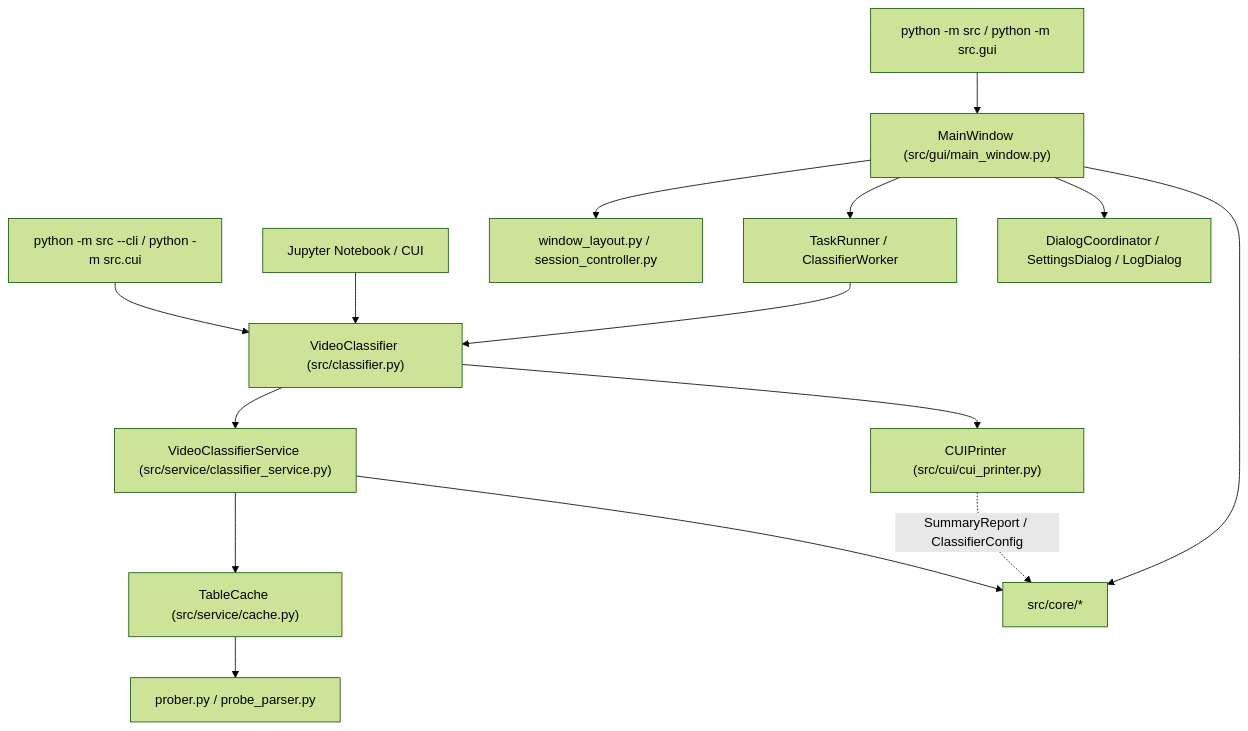
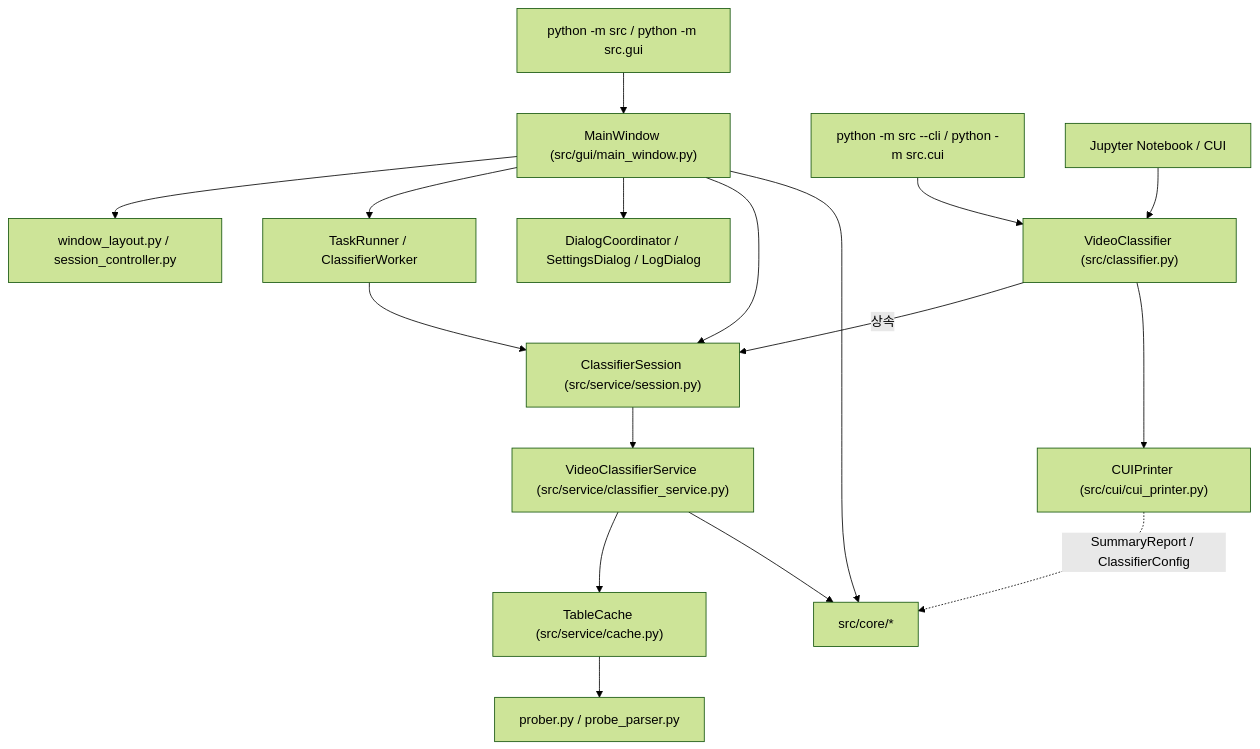
The first of 2 diagrams in ARCHITECTURE.md (signal1310/video_scripts), drawn with Mermaid (forest theme) before and after one commit. The commit also changed other lines of this file and 11 other files, not shown here.

First line of the commit message:
refactor: 분류 세션(ClassifierSession)을 서비스 계층으로 분리

````diff
--- a/ARCHITECTURE.md
+++ b/ARCHITECTURE.md
@@ -22,21 +23,24 @@
 ```mermaid
 flowchart TD
     GUI_ENTRY["python -m src / python -m src.gui"] --> GUI_MW["MainWindow (src/gui/main_window.py)"]
     CLI_ENTRY["python -m src --cli / python -m src.cui"] --> FACADE["VideoClassifier (src/classifier.py)"]
     NB_ENTRY["Jupyter Notebook / CUI"] --> FACADE
 
     GUI_MW --> LAYOUT["window_layout.py / session_controller.py"]
     GUI_MW --> TASK["TaskRunner / ClassifierWorker"]
     GUI_MW --> DIALOGS["DialogCoordinator / SettingsDialog / LogDialog"]
-    TASK --> FACADE
+    GUI_MW --> SESSION
+    TASK --> SESSION
 
-    FACADE --> SERVICE["VideoClassifierService (src/service/classifier_service.py)"]
+    FACADE -->|"상속"| SESSION["ClassifierSession (src/service/session.py)"]
     FACADE --> CUI["CUIPrinter (src/cui/cui_printer.py)"]
+
+    SESSION --> SERVICE["VideoClassifierService (src/service/classifier_service.py)"]
 
     SERVICE --> CACHE["TableCache (src/service/cache.py)"]
     SERVICE --> CORE["src/core/*"]
     CACHE --> PROBER["prober.py / probe_parser.py"]
 
     CUI -.->|"SummaryReport / ClassifierConfig"| CORE
     GUI_MW --> CORE
 ```
````
